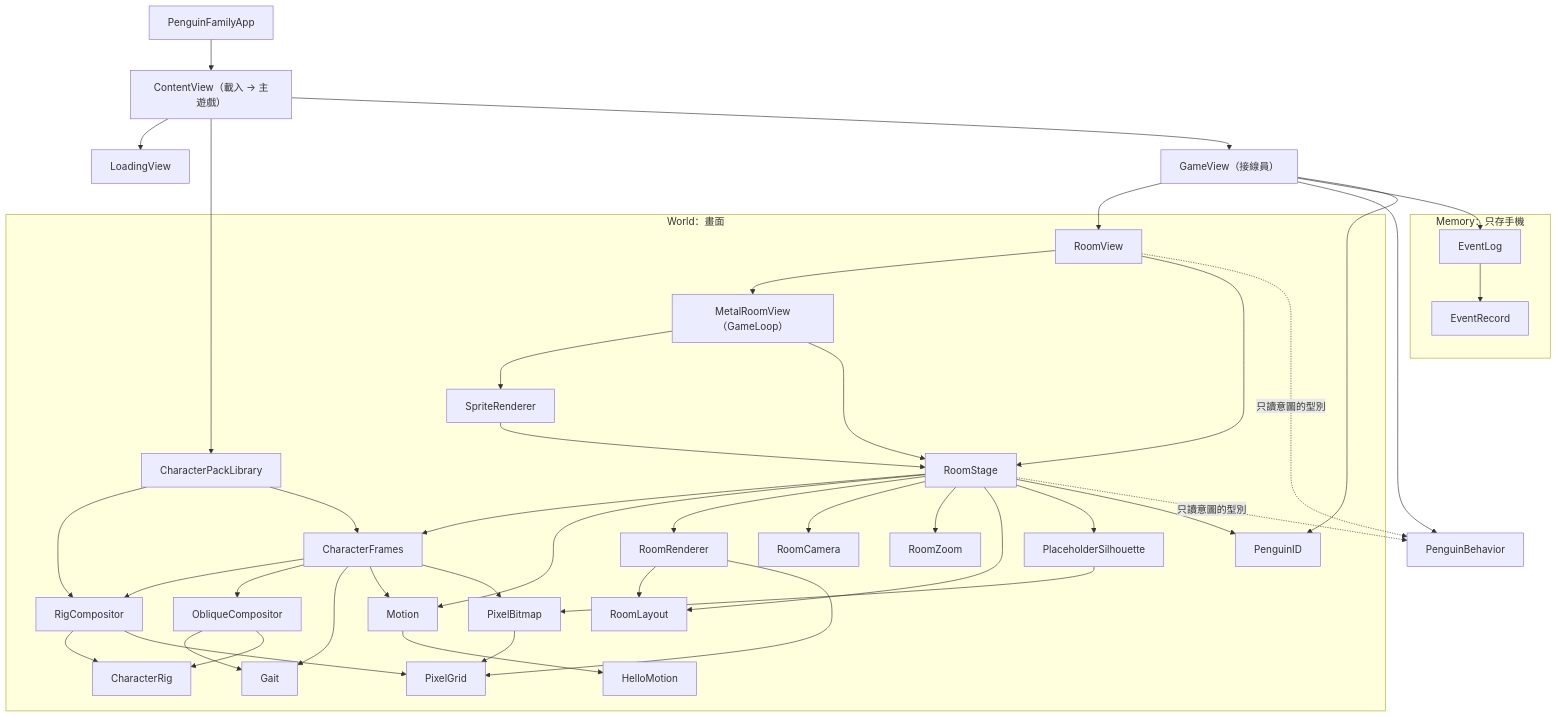
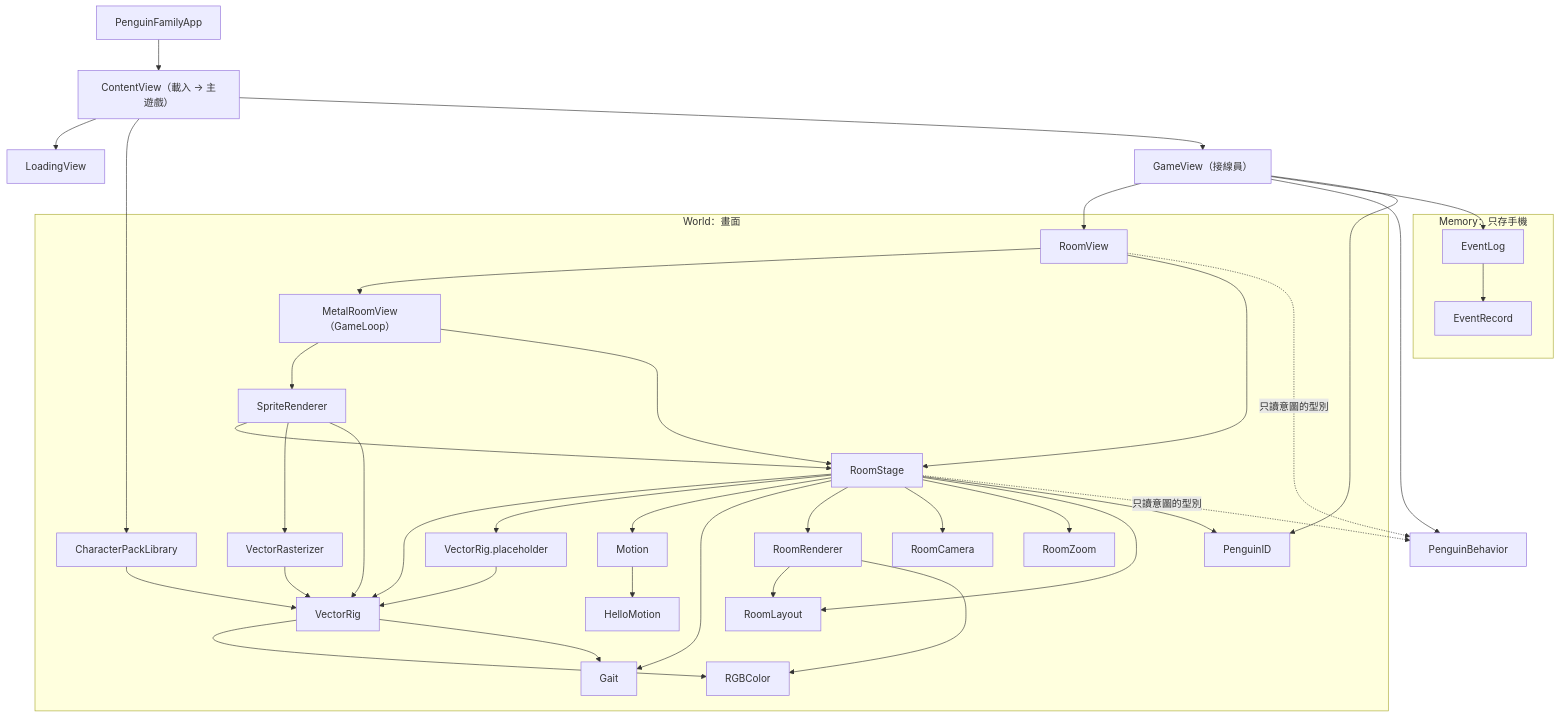
Before and after one commit to CBHeng/penguin-family: the first of 4 diagrams in docs/code-map.md, drawn with Mermaid. The commit also changed other lines of this file and 54 other files, not shown here.

````diff
--- a/docs/code-map.md
+++ b/docs/code-map.md
@@ -117,50 +118,45 @@
 ```mermaid
 flowchart TD
     App["PenguinFamilyApp"] --> Content["ContentView（載入 → 主遊戲）"]
     Content --> Loading["LoadingView"]
     Content --> Library["CharacterPackLibrary"]
     Content --> Game["GameView（接線員）"]
     Game --> Room["RoomView"]
     Game --> Behavior["PenguinBehavior"]
     Game --> Log["EventLog"]
     Game --> ID
 
     subgraph World["World：畫面"]
-        Library --> Compositor["RigCompositor"]
-        Library --> Frames["CharacterFrames"]
+        Library --> VRig["VectorRig"]
         Room --> Metal["MetalRoomView（GameLoop）"]
         Room --> Stage["RoomStage"]
         Metal --> Renderer["SpriteRenderer"]
         Metal --> Stage
         Renderer --> Stage
-        Stage --> Frames
+        Renderer --> Raster["VectorRasterizer"]
+        Renderer --> VRig
+        Raster --> VRig
+        Stage --> VRig
+        Stage --> Placeholder["VectorRig.placeholder"]
         Stage --> Motion["Motion"]
+        Stage --> Gait["Gait"]
         Stage --> RoomRenderer["RoomRenderer"]
         Stage --> Camera["RoomCamera"]
         Stage --> Zoom["RoomZoom"]
         Stage --> Layout["RoomLayout"]
-        Stage --> Placeholder["PlaceholderSilhouette"]
         Stage --> ID["PenguinID"]
         RoomRenderer --> Layout
-        RoomRenderer --> Grid["PixelGrid"]
-        Frames --> Compositor
-        Frames --> Oblique["ObliqueCompositor"]
-        Frames --> Gait["Gait"]
-        Oblique --> Gait
-        Oblique --> Rig
-        Frames --> Motion
-        Frames --> Bitmap["PixelBitmap"]
-        Placeholder --> Bitmap
+        RoomRenderer --> Color["RGBColor"]
+        VRig --> Color
+        VRig --> Gait
+        Placeholder --> VRig
         Motion --> Hello["HelloMotion"]
-        Compositor --> Rig["CharacterRig"]
-        Compositor --> Grid
-        Bitmap --> Grid
     end
 
     subgraph Memory["Memory：只存手機"]
         Log --> Record["EventRecord"]
     end
 
     Room -. "只讀意圖的型別" .-> Behavior
     Stage -. "只讀意圖的型別" .-> Behavior
 ```
````
